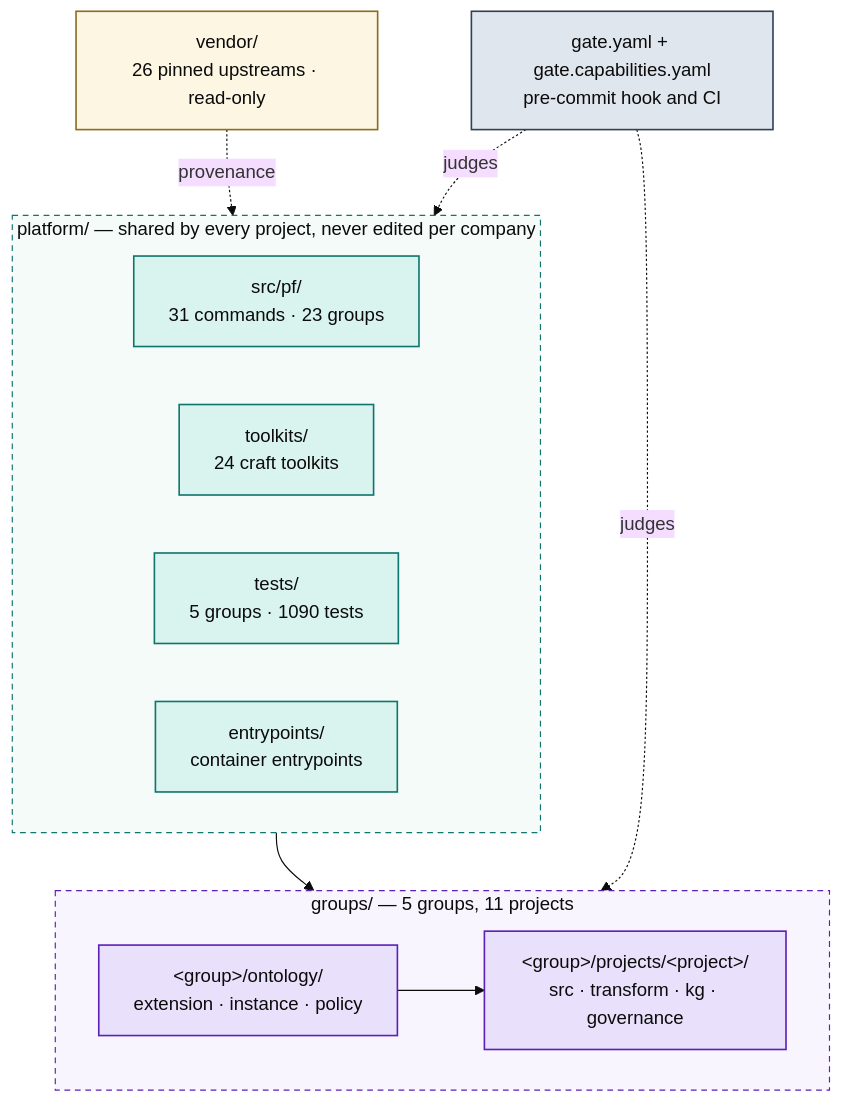
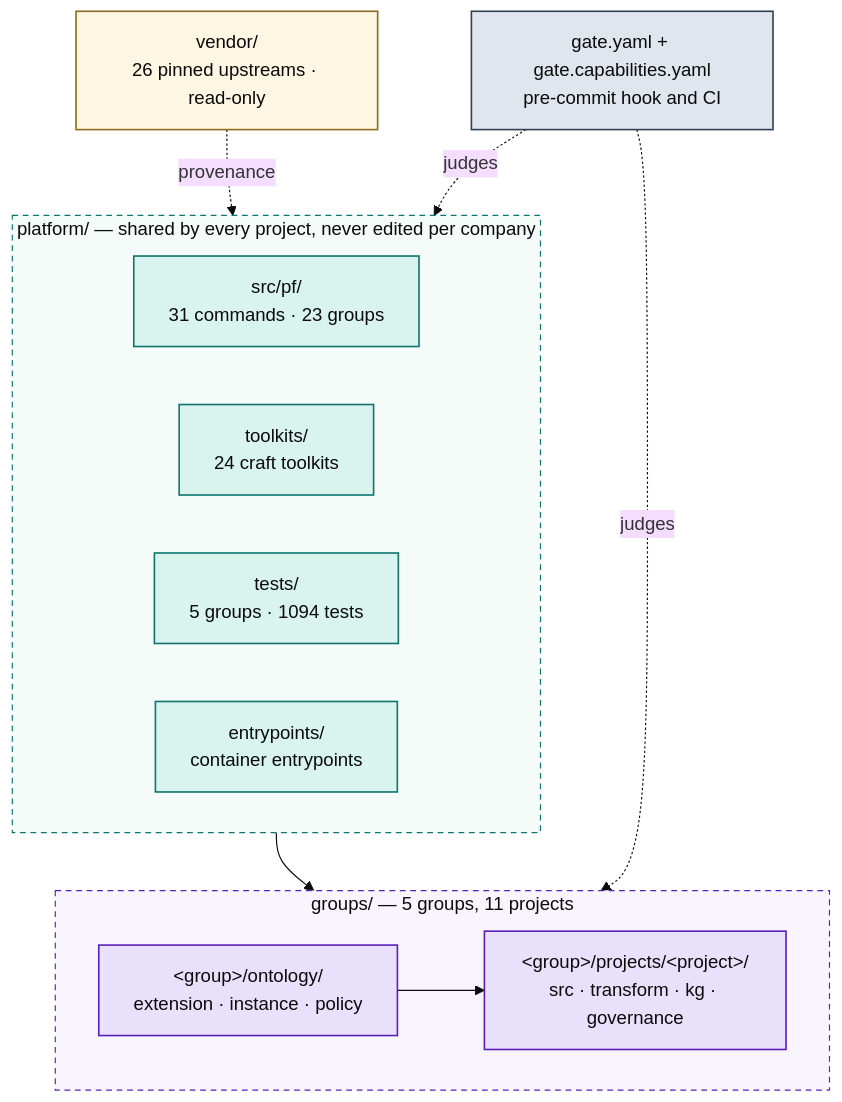
Before and after one commit to Atomz-org/data-platform: the first of 5 diagrams in docs/ARCHITECTURE.md, drawn with Mermaid (base theme). The commit also changed other lines of this file and 7 other files, not shown here.

````diff
--- a/docs/ARCHITECTURE.md
+++ b/docs/ARCHITECTURE.md
@@ -15,36 +15,36 @@
 ```mermaid
 flowchart TB
   subgraph SHARED["platform/ — shared by every project, never edited per company"]
     direction LR
     ENG["src/pf/<br/>31 commands · 23 groups"]
     TK["toolkits/<br/>24 craft toolkits"]
-    TST["tests/<br/>5 groups · 1090 tests"]
+    TST["tests/<br/>5 groups · 1094 tests"]
     ENT["entrypoints/<br/>container entrypoints"]
   end
 
   subgraph ENTITIES["groups/ — 5 groups, 11 projects"]
     direction LR
     GRP["&lt;group&gt;/ontology/<br/>extension · instance · policy"]
     PRJ["&lt;group&gt;/projects/&lt;project&gt;/<br/>src · transform · kg · governance"]
     GRP --> PRJ
   end
 
   VEN["vendor/<br/>26 pinned upstreams · read-only"]
   GATE["gate.yaml + gate.capabilities.yaml<br/>pre-commit hook and CI"]
 
   SHARED --> ENTITIES
   VEN -.provenance.-> SHARED
   GATE -.judges.-> ENTITIES
   GATE -.judges.-> SHARED
 
   classDef code fill:#d9f4ee,stroke:#0f766e,stroke-width:1.4px,color:#0b0b0b
   classDef data fill:#e9e1fb,stroke:#5b21b6,stroke-width:1.4px,color:#0b0b0b
   classDef gov fill:#e0e6ed,stroke:#334155,stroke-width:1.4px,color:#0b0b0b
   classDef ext fill:#fdf6e3,stroke:#8a6d1f,stroke-width:1.4px,color:#0b0b0b
   class ENG,TK,TST,ENT code
   class GRP,PRJ data
   class GATE gov
   class VEN ext
   style SHARED fill:#f4fbf9,stroke:#0f766e,stroke-dasharray:5 4,color:#0b0b0b
   style ENTITIES fill:#f8f5fe,stroke:#5b21b6,stroke-dasharray:5 4,color:#0b0b0b
 ```
````
